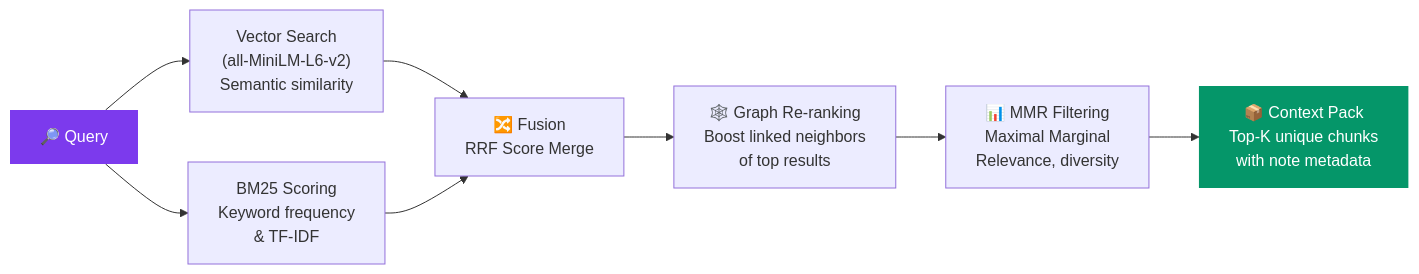
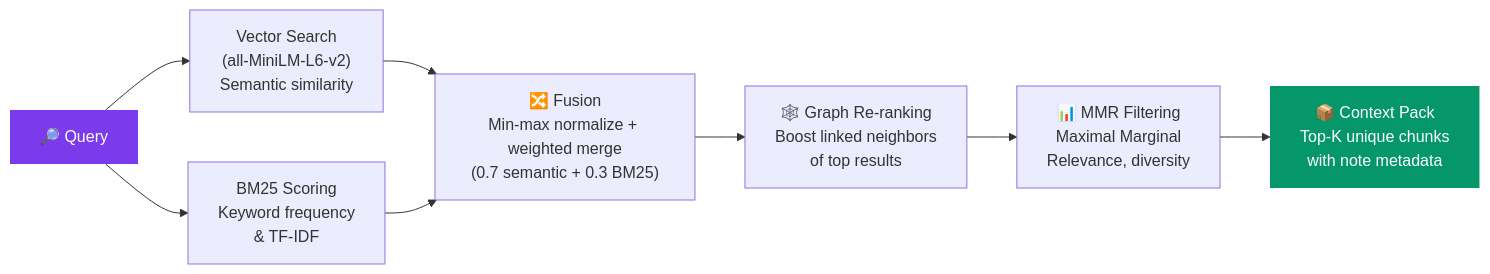
One commit to Tuguberk/Thought-Agent-Obsidian changed the third of 5 diagrams in README.md. Above: the diagram before and after it, drawn with Mermaid. The commit also changed other lines of this file, not shown here.

Commit message:
fixed RRF usage

````diff
--- a/README.md
+++ b/README.md
@@ -199,15 +199,15 @@
 ```mermaid
 flowchart LR
     Q["🔎 Query"] --> V["Vector Search\n(all-MiniLM-L6-v2)\nSemantic similarity"]
     Q --> B["BM25 Scoring\nKeyword frequency\n& TF-IDF"]
 
-    V --> F["🔀 Fusion\nRRF Score Merge"]
+    V --> F["🔀 Fusion\nMin-max normalize + weighted merge\n(0.7 semantic + 0.3 BM25)"]
     B --> F
 
     F --> GR["🕸️ Graph Re-ranking\nBoost linked neighbors\nof top results"]
     GR --> MM["📊 MMR Filtering\nMaximal Marginal\nRelevance, diversity"]
     MM --> CTX["📦 Context Pack\nTop-K unique chunks\nwith note metadata"]
 
     style Q fill:#7c3aed,color:#fff,stroke:none
     style CTX fill:#059669,color:#fff,stroke:none
 ```
````
